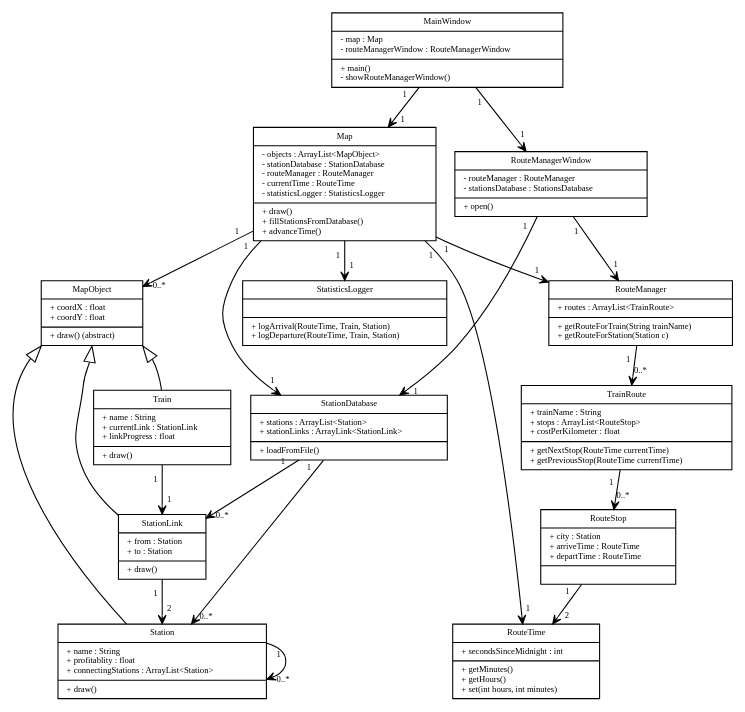
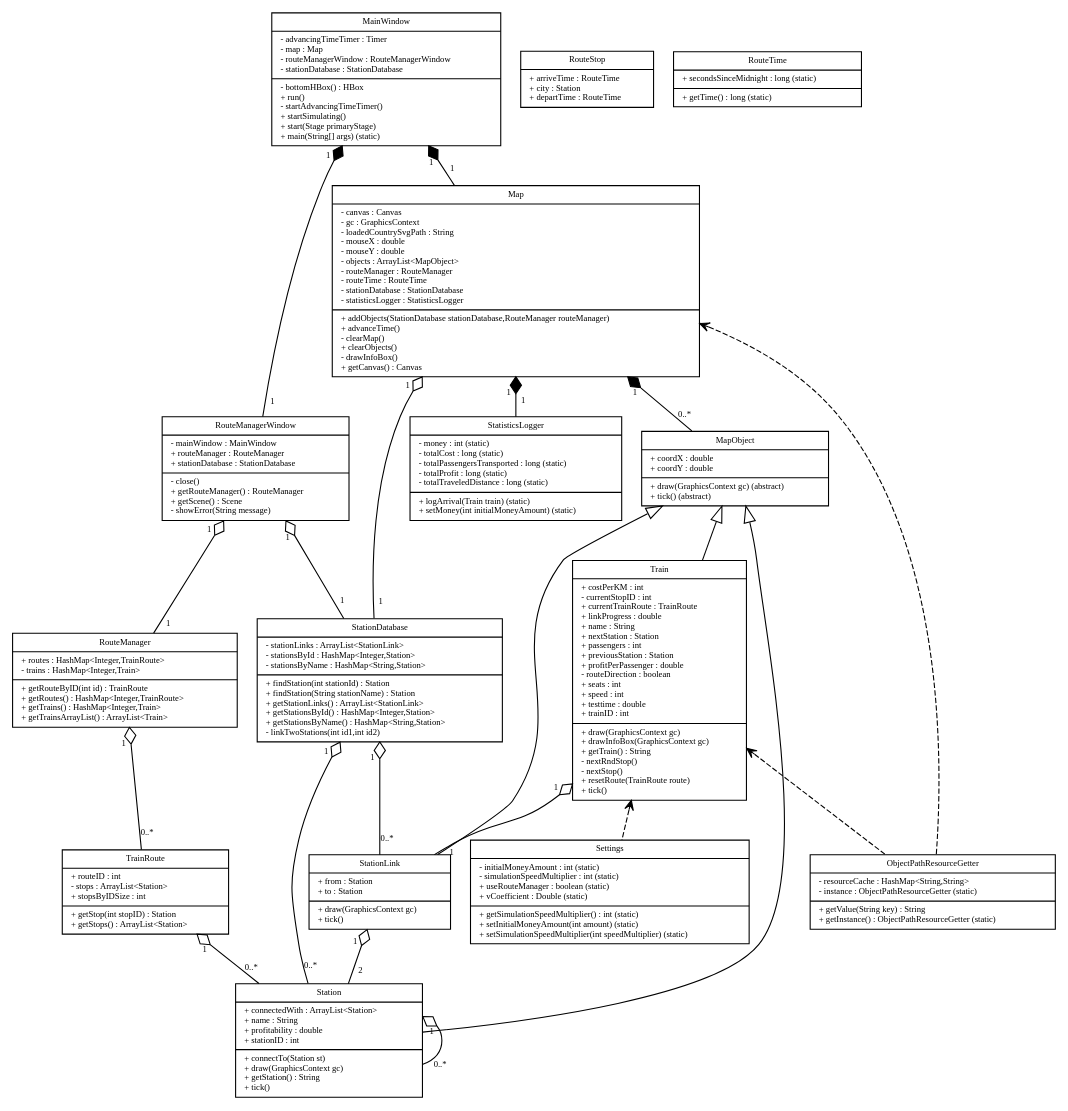
Before and after one commit to drozddawid/train-simulation: the diagram in dokumentacja/kroki-milowe/2/diagram-klas.dot, drawn with Graphviz. The commit also changed 14 other files, not shown here.

```diff
--- a/dokumentacja/kroki-milowe/2/diagram-klas.dot
+++ b/dokumentacja/kroki-milowe/2/diagram-klas.dot
@@ -14,132 +14,209 @@
         fontsize = 8
     ]
 
-    MainWindow [ label = "{MainWindow|
-        - map : Map\l
-        - routeManagerWindow : RouteManagerWindow\l
-        |
-        + main()\l
-        - showRouteManagerWindow()\l
-        }" ]
-
-    RouteManagerWindow [ label = "{RouteManagerWindow|
-        - routeManager : RouteManager\l
-        - stationsDatabase : StationsDatabase\l
-        |
-        + open()\l
-        }" ]
-
-
-    Map [ label = "{Map|
-        - objects : ArrayList\<MapObject\>\l
-        - stationDatabase : StationDatabase\l
-        - routeManager : RouteManager\l
-        - currentTime : RouteTime\l
-        - statisticsLogger : StatisticsLogger\l
-        |
-        + draw()\l
-        + fillStationsFromDatabase()\l
-        + advanceTime()\l
-        }" ]
-
-    MapObject [ label = "{MapObject|
-        + coordX : float\l
-        + coordY : float\l
-        |
-        + draw() (abstract)\l
-        }" ]
-
-    Station [ label = "{Station|
-        + name : String\l
-        + profitablity : float\l
-        + connectingStations : ArrayList\<Station\>\l
-        |
-        + draw()\l
-        }" ]
-
-    Train [ label = "{Train|
-        + name : String\l
-        + currentLink : StationLink\l
-        + linkProgress : float\l
-        |
-        + draw()\l
-        }" ]
-
-    StationLink [
-        label = "{StationLink|
-        + from : Station\l
-        + to : Station\l
-        |
-        + draw()\l
-        }" ]
-
-    RouteManager [ label = "{RouteManager|
-        + routes : ArrayList\<TrainRoute\>\l
-        |
-        + getRouteForTrain(String trainName)\l
-        + getRouteForStation(Station c)\l
-        }" ]
-
-    TrainRoute [ label = "{TrainRoute|
-        + trainName : String\l
-        + stops : ArrayList\<RouteStop\>\l
-        + costPerKilometer : float\l
-        |
-        + getNextStop(RouteTime currentTime)\l
-        + getPreviousStop(RouteTime currentTime)\l
-        }" ]
-
-    RouteStop [ label = "{RouteStop|
-        + city : Station\l
-        + arriveTime : RouteTime\l
-        + departTime : RouteTime\l
-        |
-        }" ]
-
-    RouteTime [ label = "{RouteTime|
-        + secondsSinceMidnight : int\l
-        |
-        + getMinutes()\l
-        + getHours()\l
-        + set(int hours, int minutes)\l
-        }" ]
-
-    StationDatabase [ label = "{StationDatabase|
-        + stations : ArrayList\<Station\>\l
-        + stationLinks : ArrayLink\<StationLink\>\l
-        |
-        + loadFromFile()\l
-        }" ]
-    
-    StatisticsLogger [
-        label = "{StatisticsLogger|
-        |
-        + logArrival(RouteTime, Train, Station)\l
-        + logDeparture(RouteTime, Train, Station)\l
-        }" ]
+MainWindow [ label = "{MainWindow|
+- advancingTimeTimer : Timer\l
+- map : Map\l
+- routeManagerWindow : RouteManagerWindow\l
+- stationDatabase : StationDatabase\l
+|
+- bottomHBox() : HBox\l
++ run()\l
+- startAdvancingTimeTimer()\l
++ startSimulating()\l
++ start(Stage primaryStage)\l
++ main(String[] args)  (static)\l
+}" ]
+Map [ label = "{Map|
+- canvas : Canvas\l
+- gc : GraphicsContext\l
+- loadedCountrySvgPath : String\l
+- mouseX : double\l
+- mouseY : double\l
+- objects : ArrayList\<MapObject\>\l
+- routeManager : RouteManager\l
+- routeTime : RouteTime\l
+- stationDatabase : StationDatabase\l
+- statisticsLogger : StatisticsLogger\l
+|
++ addObjects(StationDatabase stationDatabase,RouteManager routeManager)\l
++ advanceTime()\l
+- clearMap()\l
++ clearObjects()\l
+- drawInfoBox()\l
++ getCanvas() : Canvas\l
+}" ]
+MapObject [ label = "{MapObject|
++ coordX : double\l
++ coordY : double\l
+|
++ draw(GraphicsContext gc)  (abstract)\l
++ tick()  (abstract)\l
+}" ]
+ObjectPathResourceGetter [ label = "{ObjectPathResourceGetter|
+- resourceCache : HashMap\<String,String\>\l
+- instance : ObjectPathResourceGetter  (static)\l
+|
++ getValue(String key) : String\l
++ getInstance() : ObjectPathResourceGetter  (static)\l
+}" ]
+RouteManager [ label = "{RouteManager|
++ routes : HashMap\<Integer,TrainRoute\>\l
+- trains : HashMap\<Integer,Train\>\l
+|
++ getRouteByID(int id) : TrainRoute\l
++ getRoutes() : HashMap\<Integer,TrainRoute\>\l
++ getTrains() : HashMap\<Integer,Train\>\l
++ getTrainsArrayList() : ArrayList\<Train\>\l
+}" ]
+RouteManagerWindow [ label = "{RouteManagerWindow|
+- mainWindow : MainWindow\l
++ routeManager : RouteManager\l
++ stationDatabase : StationDatabase\l
+|
+- close()\l
++ getRouteManager() : RouteManager\l
++ getScene() : Scene\l
+- showError(String message)\l
+}" ]
+RouteStop [ label = "{RouteStop|
++ arriveTime : RouteTime\l
++ city : Station\l
++ departTime : RouteTime\l
+}" ]
+RouteTime [ label = "{RouteTime|
++ secondsSinceMidnight : long  (static)\l
+|
++ getTime() : long  (static)\l
+}" ]
+Settings [ label = "{Settings|
+- initialMoneyAmount : int  (static)\l
+- simulationSpeedMultiplier : int  (static)\l
++ useRouteManager : boolean  (static)\l
++ vCoefficient : Double  (static)\l
+|
++ getSimulationSpeedMultiplier() : int  (static)\l
++ setInitialMoneyAmount(int amount)  (static)\l
++ setSimulationSpeedMultiplier(int speedMultiplier)  (static)\l
+}" ]
+Station [ label = "{Station|
++ connectedWith : ArrayList\<Station\>\l
++ name : String\l
++ profitability : double\l
++ stationID : int\l
+|
++ connectTo(Station st)\l
++ draw(GraphicsContext gc)\l
++ getStation() : String\l
++ tick()\l
+}" ]
+StationDatabase [ label = "{StationDatabase|
+- stationLinks : ArrayList\<StationLink\>\l
+- stationsById : HashMap\<Integer,Station\>\l
+- stationsByName : HashMap\<String,Station\>\l
+|
++ findStation(int stationId) : Station\l
++ findStation(String stationName) : Station\l
++ getStationLinks() : ArrayList\<StationLink\>\l
++ getStationsById() : HashMap\<Integer,Station\>\l
++ getStationsByName() : HashMap\<String,Station\>\l
+- linkTwoStations(int id1,int id2)\l
+}" ]
+StationLink [ label = "{StationLink|
++ from : Station\l
++ to : Station\l
+|
++ draw(GraphicsContext gc)\l
++ tick()\l
+}" ]
+StatisticsLogger [ label = "{StatisticsLogger|
+- money : int  (static)\l
+- totalCost : long  (static)\l
+- totalPassengersTransported : long  (static)\l
+- totalProfit : long  (static)\l
+- totalTraveledDistance : long  (static)\l
+|
++ logArrival(Train train)  (static)\l
++ setMoney(int initialMoneyAmount)  (static)\l
+}" ]
+Train [ label = "{Train|
++ costPerKM : int\l
+- currentStopID : int\l
++ currentTrainRoute : TrainRoute\l
++ linkProgress : double\l
++ name : String\l
++ nextStation : Station\l
++ passengers : int\l
++ previousStation : Station\l
++ profitPerPassenger : double\l
+- routeDirection : boolean\l
++ seats : int\l
++ speed : int\l
++ testtime : double\l
++ trainID : int\l
+|
++ draw(GraphicsContext gc)\l
++ drawInfoBox(GraphicsContext gc)\l
++ getTrain() : String\l
+- nextRndStop()\l
+- nextStop()\l
++ resetRoute(TrainRoute route)\l
++ tick()\l
+}" ]
+TrainRoute [ label = "{TrainRoute|
++ routeID : int\l
+- stops : ArrayList\<Station\>\l
++ stopsByIDSize : int\l
+|
++ getStop(int stopID) : Station\l
++ getStops() : ArrayList\<Station\>\l
+}" ]
 
     edge [
         arrowsize = 1.5
     ]
 
-    MapObject:sw -> Station [dir=back]
-    MapObject:se -> Train [dir=back]
-    MapObject:s -> StationLink [dir=back]
+
+    // Inheritance
+
+    MapObject -> Station [dir=back]
+    MapObject -> Train [dir=back]
+    MapObject -> StationLink [dir=back]
+
+    // Dependency
+    edge [
+        arrowtail = "open"
+        arrowhead = "none"
+        style = "dashed"
+        arrowsize = 0.9
+        dir = "back"
+    ]
+    Map -> ObjectPathResourceGetter
+    Train -> ObjectPathResourceGetter
+    Train -> Settings
 
     edge [
-        arrowsize = 0.8
+        style = "solid"
+        arrowsize = 1.3
         arrowhead = "open"
         headlabel = "0..*"
         taillabel = "1"
-        labeldistance = 1.5 // Place the asteriks further away from the arrow head
+        labeldistance = 1.6 // Place the asteriks further away from the arrow head
+        arrowtail = "odiamond"
+        dir = back
     ]
 
+    // Aggregation
+
+    // RouteStop -> Station
 
     Station -> Station
 
-    Map -> MapObject
+    Map -> MapObject [ arrowtail = "diamond" ]
     RouteManager -> TrainRoute
-    TrainRoute -> RouteStop
+    //TrainRoute -> RouteStop
+    // instead:
+    TrainRoute -> Station
     StationDatabase -> Station
     StationDatabase -> StationLink
 
@@ -149,27 +226,29 @@
     ]
     StationLink -> Station
 
-    RouteStop -> RouteTime
+    //RouteStop -> RouteTime
 
     edge [
         headlabel = "1"
         taillabel = "1"
     ]
 
-
     Train -> StationLink
 
-    Map -> StatisticsLogger
 
     Map -> StationDatabase
 
-    MainWindow -> Map
-    Map -> RouteManager
-    Map -> RouteTime
-    MainWindow -> RouteManagerWindow
-
+    //Map -> RouteTime
+    //Map -> RouteManager
     RouteManagerWindow -> RouteManager
     RouteManagerWindow -> StationDatabase
 
+    edge [ arrowtail = "diamond" ]
+    // Composition
+
+    Map -> StatisticsLogger
+    MainWindow -> Map
+    MainWindow -> RouteManagerWindow
+
 
 }
```
